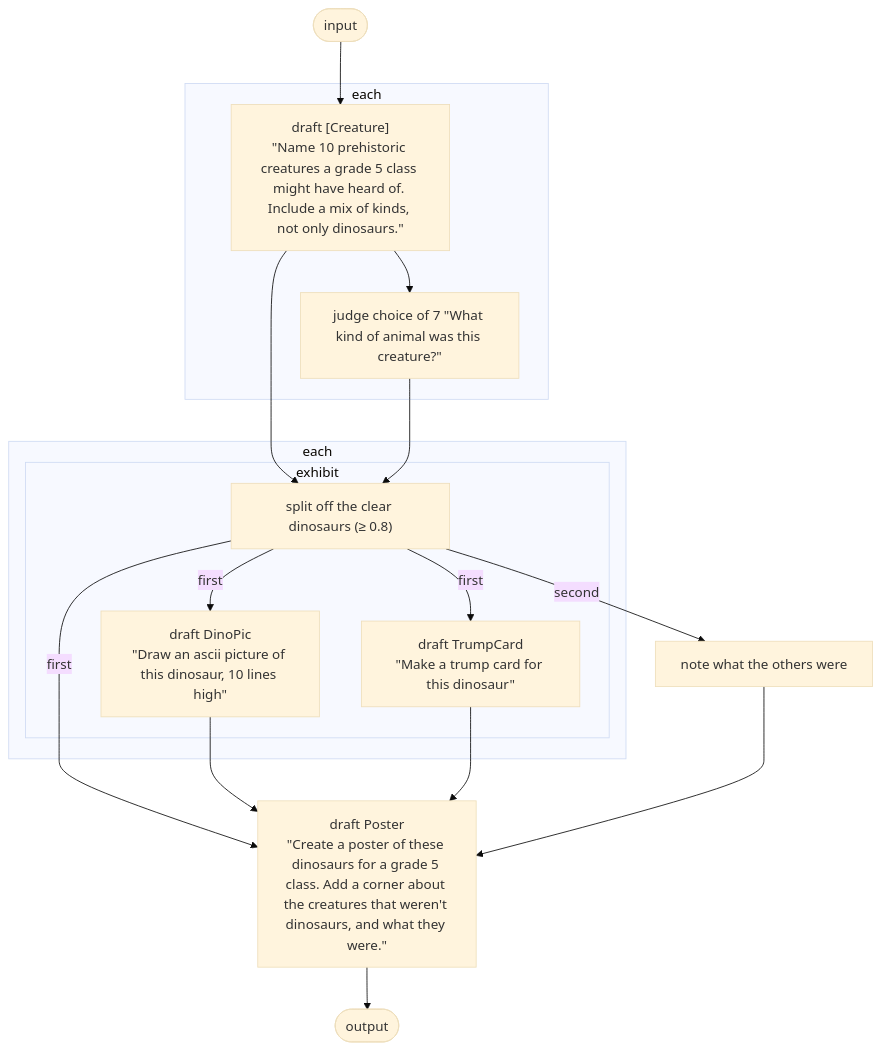
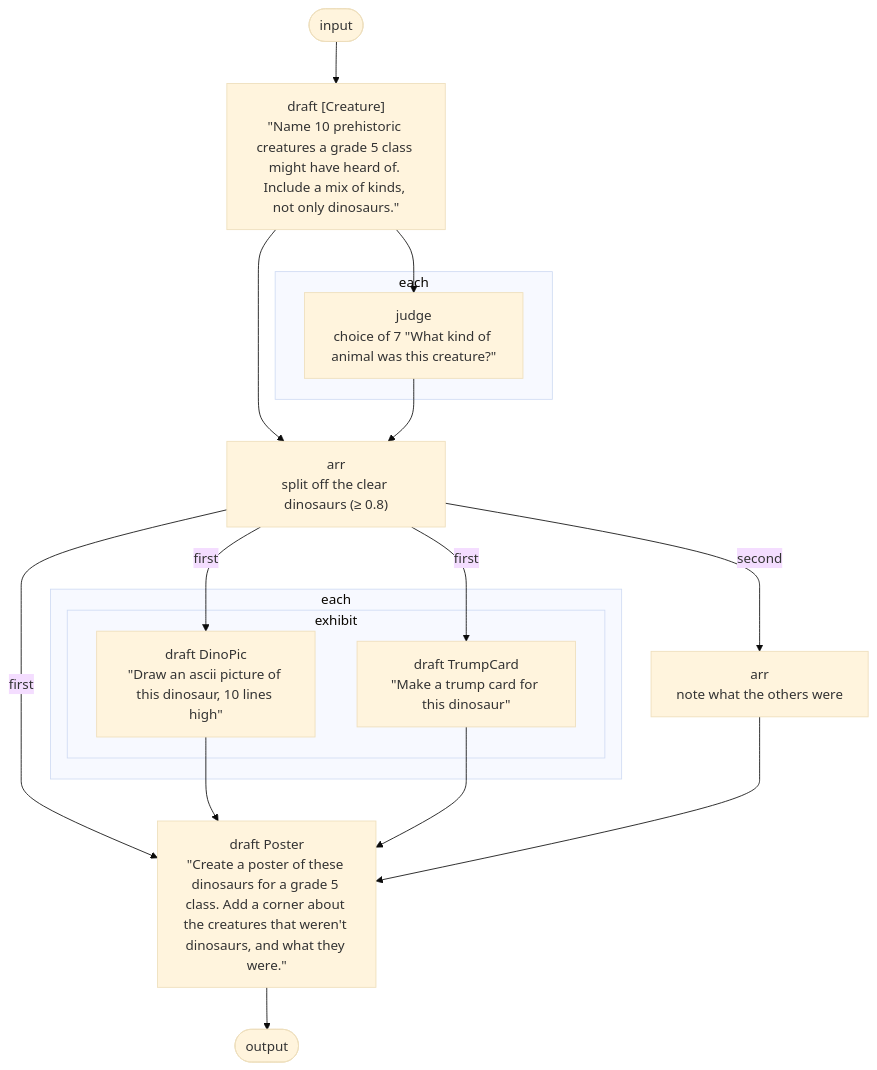
Before and after one commit to drshade/haskell-agentic: the diagram in README.md, drawn with Mermaid (base theme). The commit also changed other lines of this file and 2 other files, not shown here.

Commit message:
fix: label every step kind first, then name, then details
A named step put its name first and an unnamed one its kind first, so
draft Game came before its instruction while print the board came before
act. Steps are now labelled the same way everywhere, in the tree and the
diagrams, and a named arr shows that it is arr.

````diff
--- a/README.md
+++ b/README.md
@@ -317,30 +317,30 @@
 ```mermaid
 flowchart TD
-  input([input])
+  input(["input"])
   n0["draft [Creature]<br/>#quot;Name 10 prehistoric creatures a grade 5 class might have heard of. Include a mix of kinds, not only dinosaurs.#quot;"]
+  subgraph n1["each"]
+    n2["judge<br/>choice of 7 #quot;What kind of animal was this creature?#quot;"]
+  end
+  n3["arr<br/>split off the clear dinosaurs (≥ 0.8)"]
+  subgraph n4["each"]
+    subgraph n5["exhibit"]
+      n6["draft DinoPic<br/>#quot;Draw an ascii picture of this dinosaur, 10 lines high#quot;"]
+      n7["draft TrumpCard<br/>#quot;Make a trump card for this dinosaur#quot;"]
+    end
+  end
+  n8["arr<br/>note what the others were"]
+  n9["draft Poster<br/>#quot;Create a poster of these dinosaurs for a grade 5 class. Add a corner about the creatures that weren't dinosaurs, and what they were.#quot;"]
+  output(["output"])
   input --> n0
-  subgraph n1["each"]
-  n2["judge choice of 7 #quot;What kind of animal was this creature?#quot;"]
   n0 --> n2
-  end
-  n3["split off the clear dinosaurs (≥ 0.8)"]
   n0 --> n3
   n2 --> n3
-  subgraph n4["each"]
-  subgraph n5["exhibit"]
-  n6["draft DinoPic<br/>#quot;Draw an ascii picture of this dinosaur, 10 lines high#quot;"]
   n3 -->|first| n6
-  n7["draft TrumpCard<br/>#quot;Make a trump card for this dinosaur#quot;"]
   n3 -->|first| n7
-  end
-  end
-  n8["note what the others were"]
   n3 -->|second| n8
-  n9["draft Poster<br/>#quot;Create a poster of these dinosaurs for a grade 5 class. Add a corner about the creatures that weren't dinosaurs, and what they were.#quot;"]
   n3 -->|first| n9
   n6 --> n9
   n7 --> n9
   n8 --> n9
-  output([output])
   n9 --> output
 ```
````
